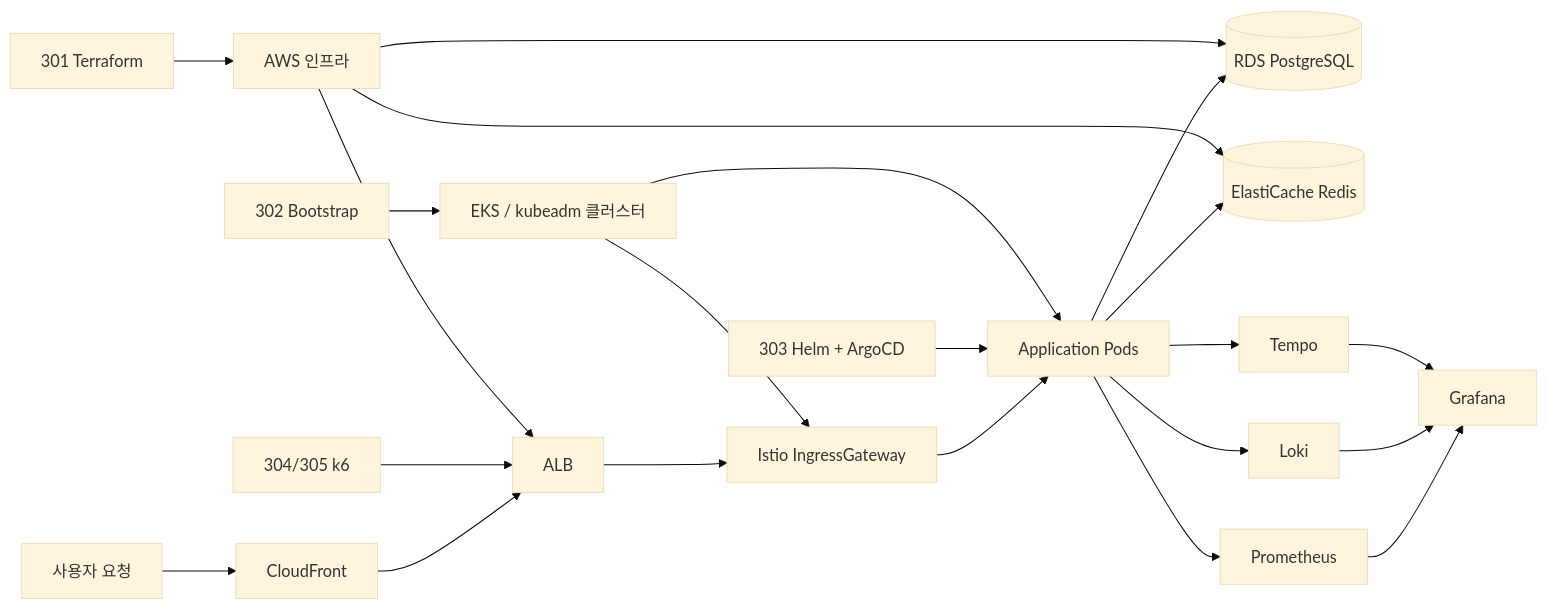
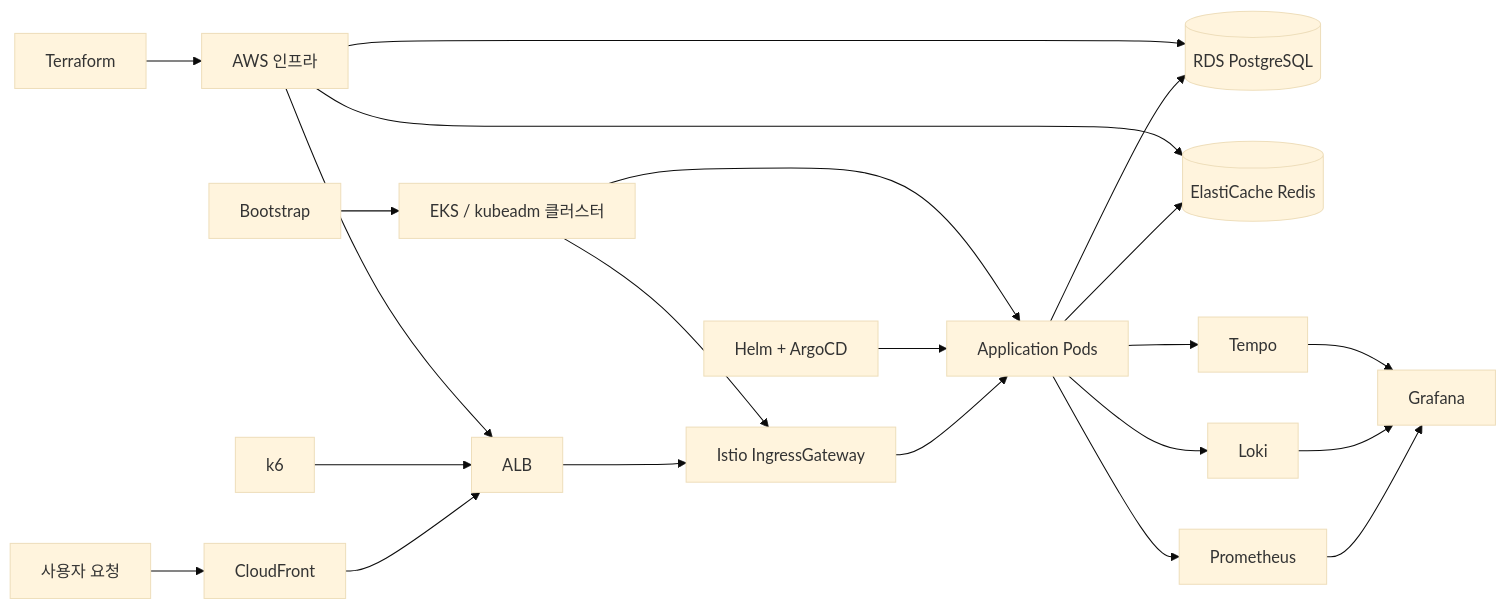
Before and after one commit to goorm-gongbang/001-finalPR: the diagram in docs/content/infrastructure/architecture.md, drawn with Mermaid (base theme). The commit also changed other lines of this file and 12 other files, not shown here.

````diff
--- a/docs/content/infrastructure/architecture.md
+++ b/docs/content/infrastructure/architecture.md
@@ -9,28 +9,28 @@
 ```mermaid
 flowchart LR
     USER["사용자 요청"] --> CF["CloudFront"]
     CF --> ALB["ALB"]
     ALB --> ISTIO["Istio IngressGateway"]
     ISTIO --> APP["Application Pods"]
 
     APP --> RDS[("RDS PostgreSQL")]
     APP --> REDIS[("ElastiCache Redis")]
 
     APP --> PROM["Prometheus"]
     APP --> LOKI["Loki"]
     APP --> TEMPO["Tempo"]
     PROM --> GRAF["Grafana"]
     LOKI --> GRAF
     TEMPO --> GRAF
 
-    TERRAFORM["301 Terraform"] --> AWS["AWS 인프라"]
-    BOOTSTRAP["302 Bootstrap"] --> EKS["EKS / kubeadm 클러스터"]
-    GITOPS["303 Helm + ArgoCD"] --> APP
-    LOAD["304/305 k6"] --> ALB
+    TERRAFORM["Terraform"] --> AWS["AWS 인프라"]
+    BOOTSTRAP["Bootstrap"] --> EKS["EKS / kubeadm 클러스터"]
+    GITOPS["Helm + ArgoCD"] --> APP
+    LOAD["k6"] --> ALB
 
     AWS --> ALB
     AWS --> RDS
     AWS --> REDIS
     EKS --> ISTIO
     EKS --> APP
 ```
````
